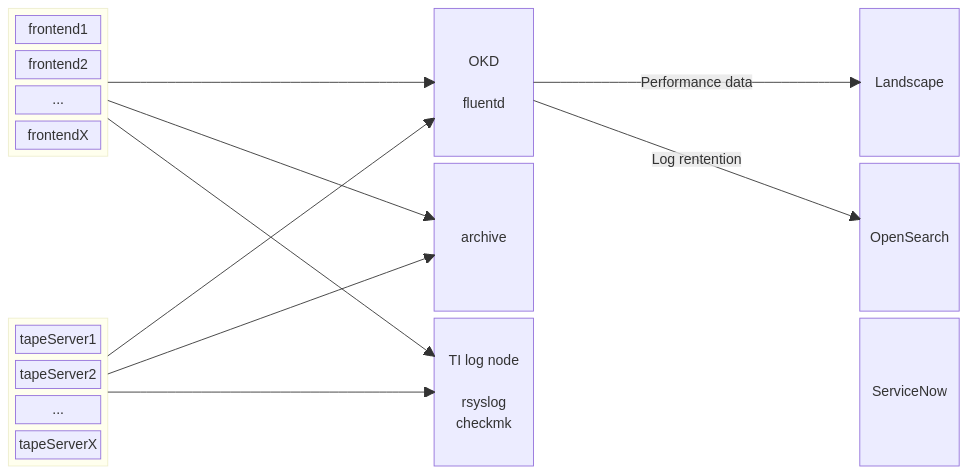
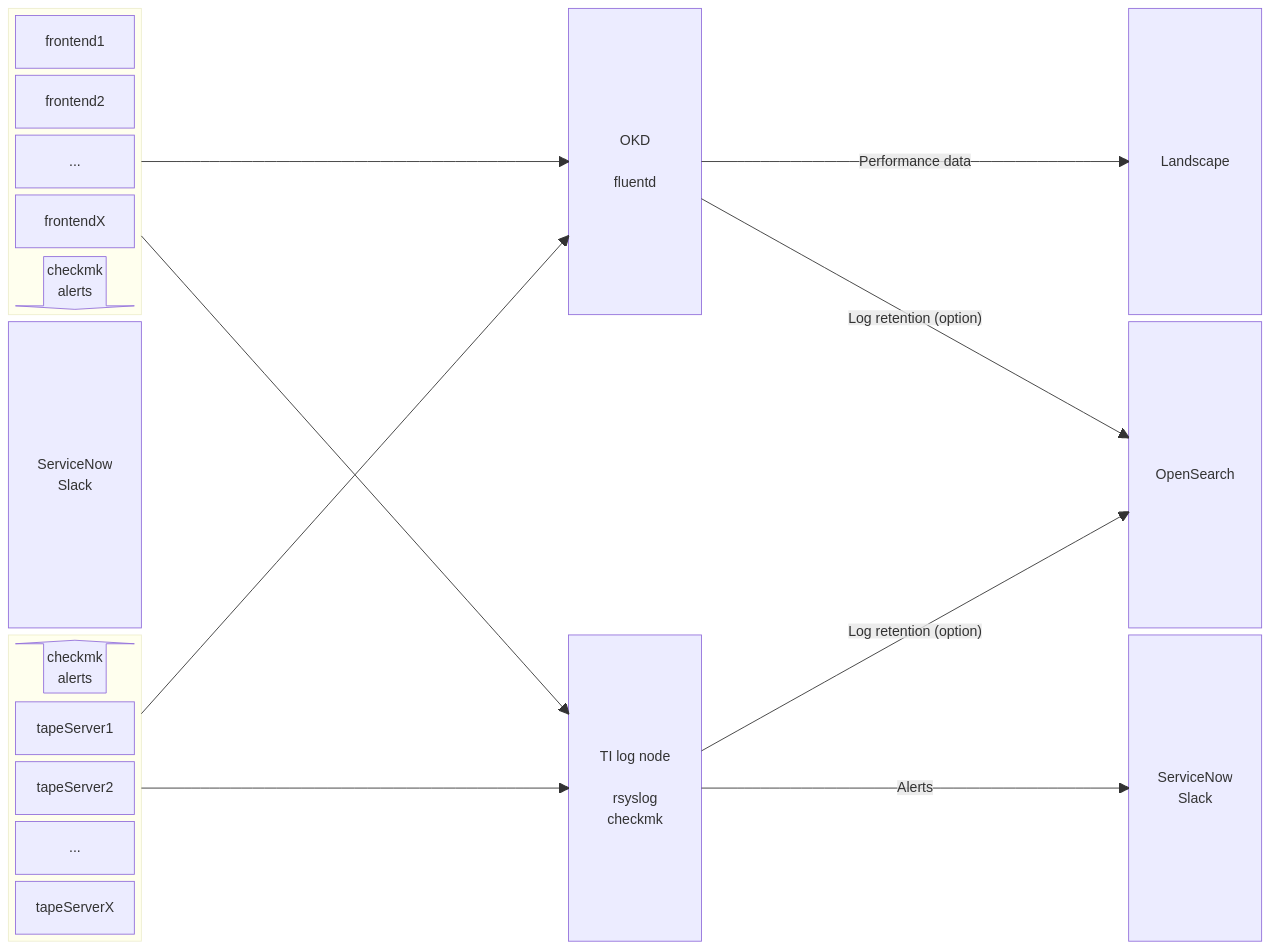
The diagram in documentation/logging-diagram.md (ericvaandering/CTAEvaluation), drawn with Mermaid before and after one commit.

````diff
--- a/documentation/logging-diagram.md
+++ b/documentation/logging-diagram.md
@@ -1,46 +1,56 @@
 ```mermaid
 block-beta
   columns 9
 
   block:FE
   columns 1
   frontend1 
   frontend2  
   fei["..."]
-  frontendX  
+  frontendX
+  checkmk_fe<["checkmk<br>alerts"]>(down)
   end
 
+  
   space:3
 
   okd["OKD<br><br>fluentd"]
 
   space:3
 
   Landscape
 
-  space:4
-  archive
+  local_alerts["ServiceNow<br>Slack"]
+  space:3
+  space
   space:3
   OpenSearch
 
   block:TS
   columns 1
+  checkmk_ts<["checkmk<br>alerts"]>(up)
   tapeServer1 
   tapeServer2 
   tsi["..."] 
   tapeServerX  
   end
   space:3
   checkmk["TI log node<br><br>rsyslog<br>checkmk"]
   space:3
-  ServiceNow
+  global_alerts["ServiceNow<br>Slack"]
 
   FE  -->okd 
-  FE  -->archive 
+
   FE  -->checkmk 
   TS -->okd 
-  TS -->archive 
+
   TS  -->checkmk 
   okd-- "Performance data " --> Landscape
-  okd-- "Log rentention" --> OpenSearch
+
+  
+  okd-- "Log retention (option)" --> OpenSearch
+  checkmk-- "Log retention (option)" --> OpenSearch
+
+  checkmk-- "Alerts" --> global_alerts
+  
 ```
````
